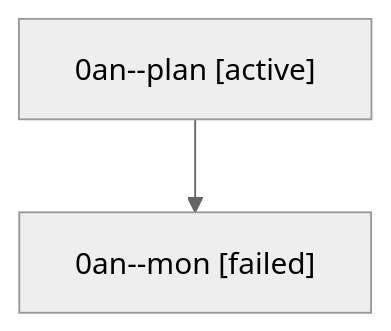
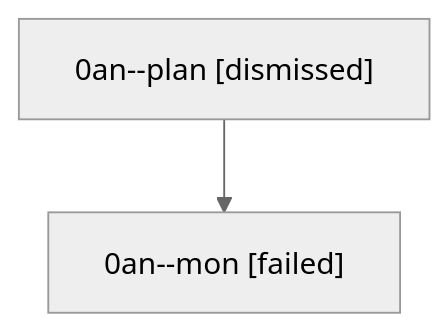
Before and after one commit to sase-org/sase--agents: the diagram in sessions/bbugyi200.athena.0an.md, drawn with Mermaid (neutral theme). The commit also changed other lines of this file and 42 other files, not shown here.

````diff
--- a/sessions/bbugyi200.athena.0an.md
+++ b/sessions/bbugyi200.athena.0an.md
@@ -9,6 +9,6 @@
 ```mermaid
 flowchart TD
-  n0["0an--plan [active]"]
+  n0["0an--plan [dismissed]"]
   n1["0an--mon [failed]"]
   n0 --> n1
 ```
````
